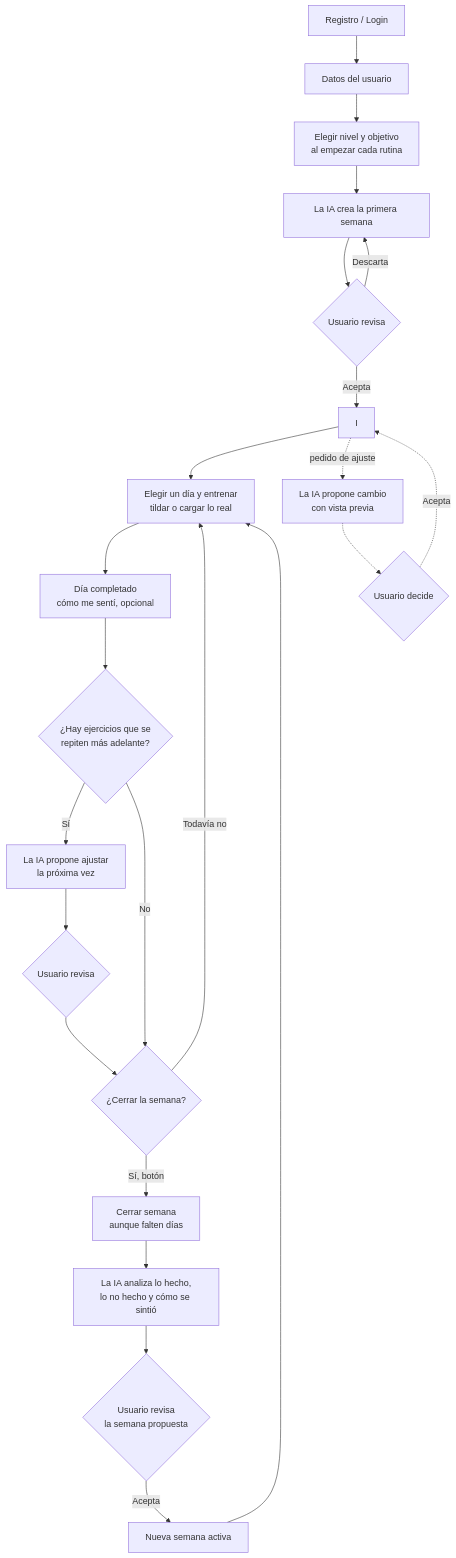
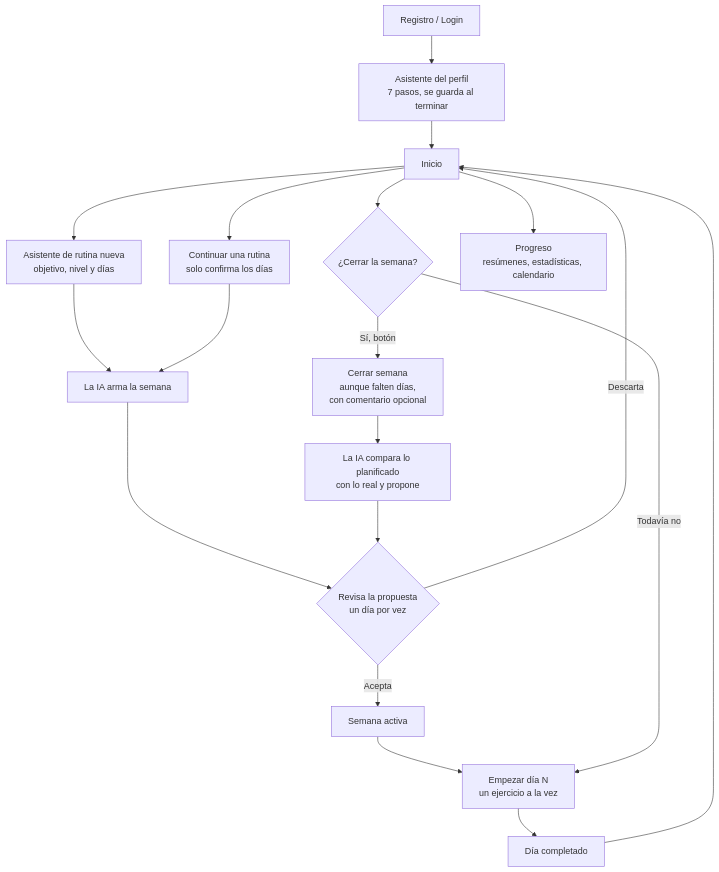
Before and after one commit to Chogarn/Spotter: the diagram in docs/flujo-app.md, drawn with Mermaid. The commit also changed other lines of this file and 6 other files, not shown here.

First line of the commit message:
Resumen semanal: lo hecho frente a lo que tocaba, y flujo actualizado

````diff
--- a/docs/flujo-app.md
+++ b/docs/flujo-app.md
@@ -18,25 +20,21 @@
 ```mermaid
 flowchart TD
-    A[Registro / Login] --> B[Datos del usuario]
-    B --> C[Elegir nivel y objetivo<br/>al empezar cada rutina]
-    C --> E[La IA crea la primera semana]
-    E --> J{Usuario revisa}
-    J -->|Acepta| I
-    J -->|Descarta| E
-    I --> K[Elegir un día y entrenar<br/>tildar o cargar lo real]
-    K --> L[Día completado<br/>cómo me sentí, opcional]
-    L --> M{¿Hay ejercicios que se<br/>repiten más adelante?}
-    M -->|Sí| N[La IA propone ajustar<br/>la próxima vez]
-    N --> O{Usuario revisa}
-    O --> P
-    M -->|No| P{¿Cerrar la semana?}
+    A[Registro / Login] --> B[Asistente del perfil<br/>7 pasos, se guarda al terminar]
+    B --> H[Inicio]
+    H --> C[Asistente de rutina nueva<br/>objetivo, nivel y días]
+    H --> D[Continuar una rutina<br/>solo confirma los días]
+    C --> E[La IA arma la semana]
+    D --> E
+    E --> J{Revisa la propuesta<br/>un día por vez}
+    J -->|Descarta| H
+    J -->|Acepta| I[Semana activa]
+    I --> K[Empezar día N<br/>un ejercicio a la vez]
+    K --> L[Día completado]
+    L --> H
+    H --> P{¿Cerrar la semana?}
     P -->|Todavía no| K
-    P -->|Sí, botón| Q[Cerrar semana<br/>aunque falten días]
-    Q --> R[La IA analiza lo hecho,<br/>lo no hecho y cómo se sintió]
-    R --> S{Usuario revisa<br/>la semana propuesta}
-    S -->|Acepta| T[Nueva semana activa]
-    T --> K
-    I -. pedido de ajuste .-> U[La IA propone cambio<br/>con vista previa]
-    U -.-> V{Usuario decide}
-    V -.->|Acepta| I
+    P -->|Sí, botón| Q[Cerrar semana<br/>aunque falten días,<br/>con comentario opcional]
+    Q --> R[La IA compara lo planificado<br/>con lo real y propone]
+    R --> J
+    H --> G[Progreso<br/>resúmenes, estadísticas, calendario]
 ```
````
